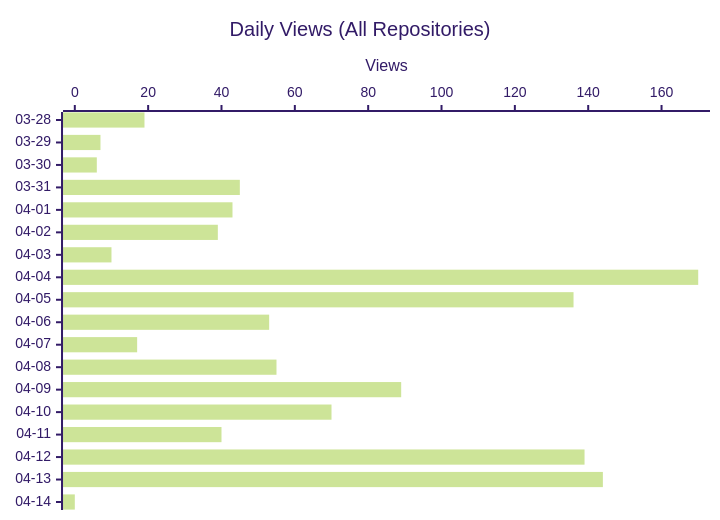
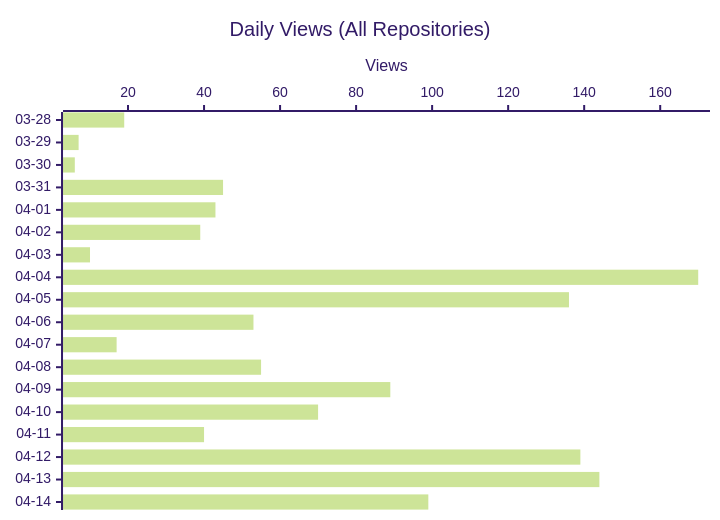
Before and after one commit to shigechika/github-insights: the second of 3 diagrams in README.md, drawn with Mermaid (forest theme). The commit also changed other lines of this file and 1 other file, not shown here.

````diff
--- a/README.md
+++ b/README.md
@@ -22,7 +22,7 @@
 ```mermaid
 xychart-beta horizontal
     title "Daily Views (All Repositories)"
     x-axis ["03-28", "03-29", "03-30", "03-31", "04-01", "04-02", "04-03", "04-04", "04-05", "04-06", "04-07", "04-08", "04-09", "04-10", "04-11", "04-12", "04-13", "04-14"]
     y-axis "Views"
-    bar [19, 7, 6, 45, 43, 39, 10, 170, 136, 53, 17, 55, 89, 70, 40, 139, 144, 0]
+    bar [19, 7, 6, 45, 43, 39, 10, 170, 136, 53, 17, 55, 89, 70, 40, 139, 144, 99]
 ```
````
